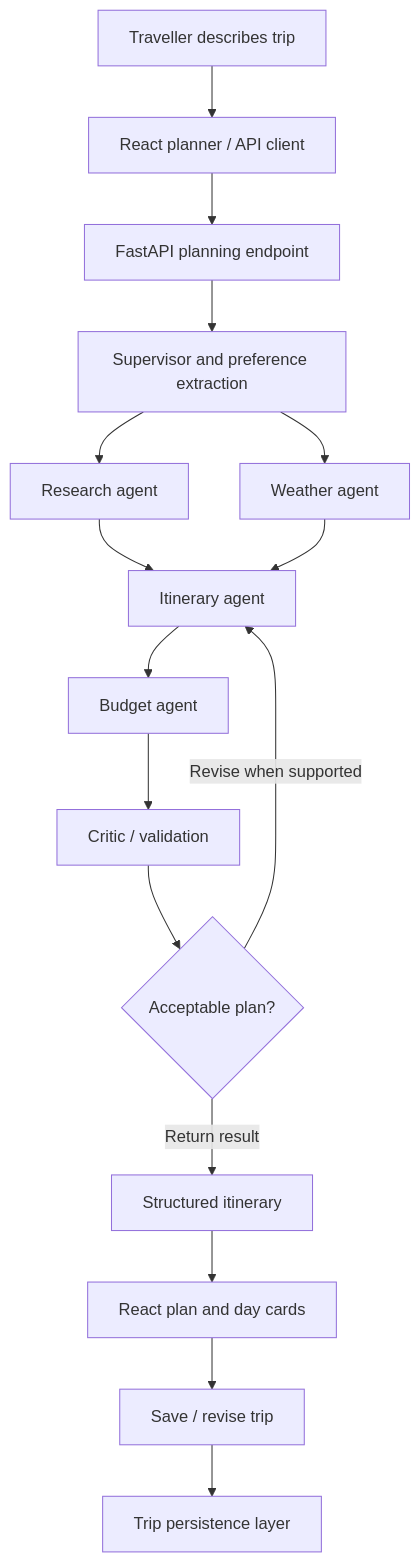
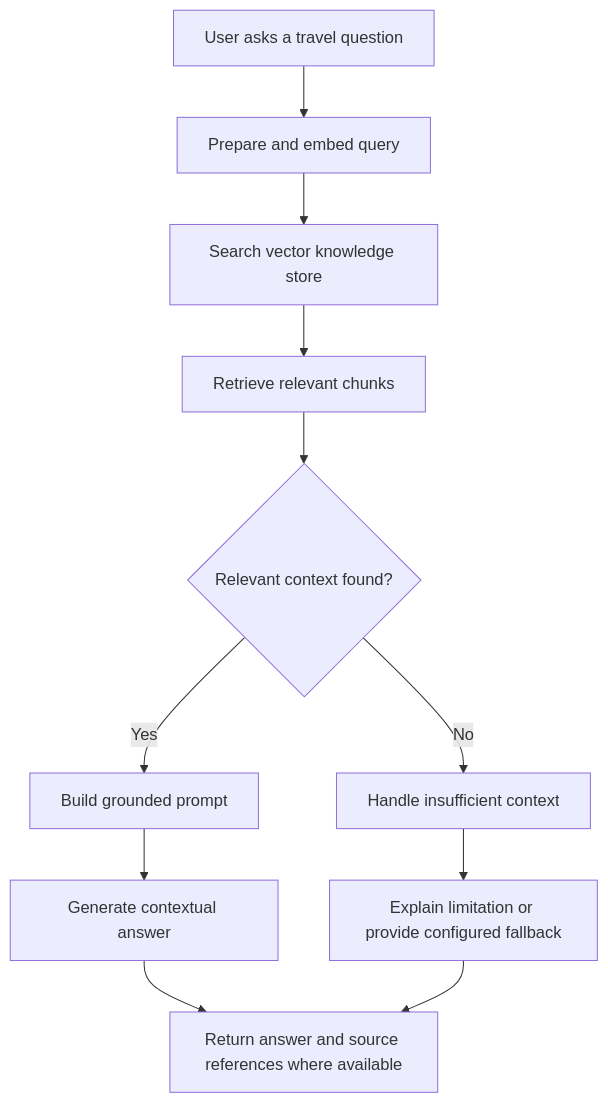
One commit to patilshrutika1803/Grevix_AITripWeaver changed the second of 7 diagrams in README.md. Above: the diagram before and after it, drawn with Mermaid. The commit also changed other lines of this file, not shown here.

````diff
--- a/README.md
+++ b/README.md
@@ -192,18 +246,13 @@
 ```mermaid
 flowchart TD
-  A[Traveller describes trip] --> B[React planner / API client]
-  B --> C[FastAPI planning endpoint]
-  C --> D[Supervisor and preference extraction]
-  D --> E[Research agent]
-  D --> F[Weather agent]
-  E --> G[Itinerary agent]
-  F --> G
-  G --> H[Budget agent]
-  H --> I[Critic / validation]
-  I --> J{Acceptable plan?}
-  J -->|Revise when supported| G
-  J -->|Return result| K[Structured itinerary]
-  K --> L[React plan and day cards]
-  L --> M[Save / revise trip]
-  M --> N[Trip persistence layer]
+    A[User asks a travel question] --> B[Prepare and embed query]
+    B --> C[Search vector knowledge store]
+    C --> D[Retrieve relevant chunks]
+    D --> E{Relevant context found?}
+    E -- Yes --> F[Build grounded prompt]
+    E -- No --> G[Handle insufficient context]
+    F --> H[Generate contextual answer]
+    G --> I[Explain limitation or provide configured fallback]
+    H --> J[Return answer and source references where available]
+    I --> J
 ```
````
